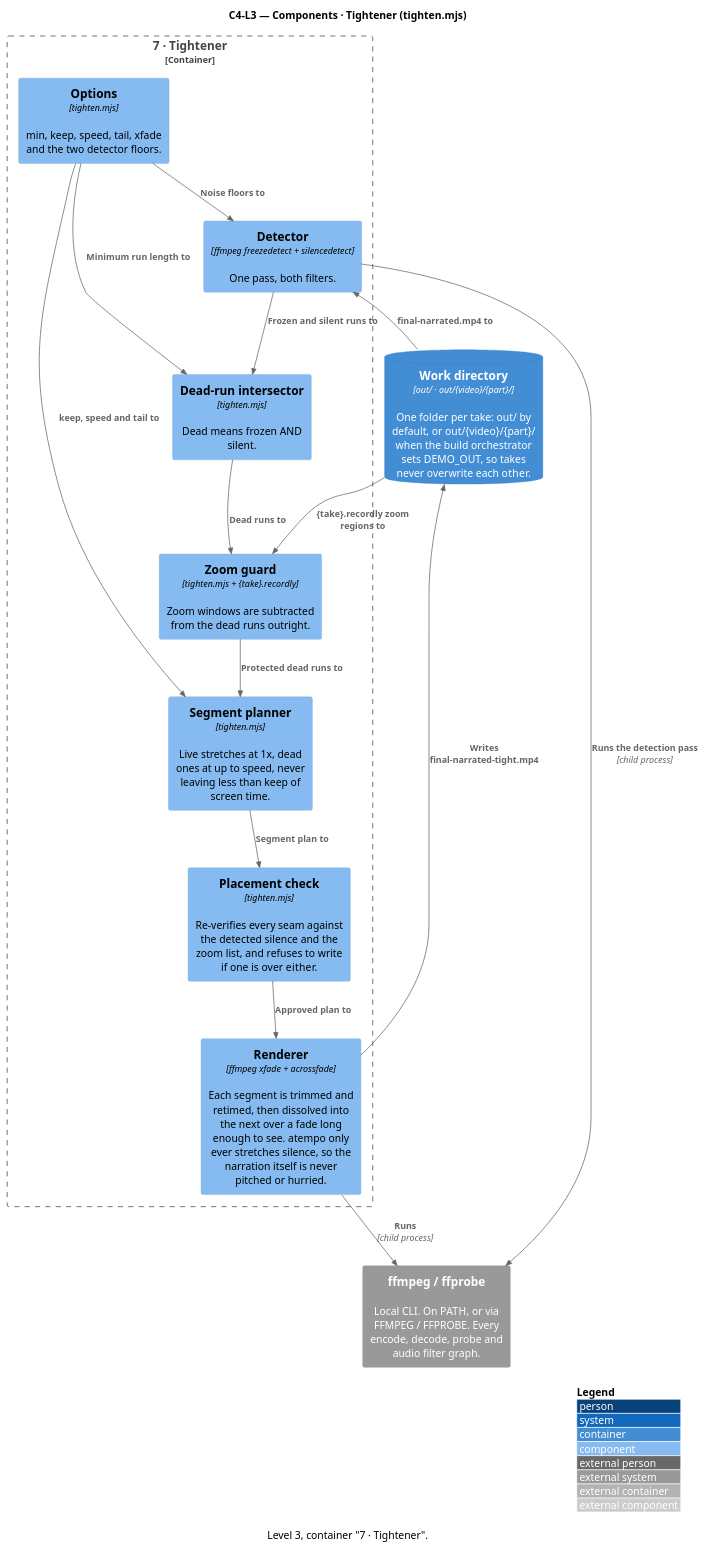
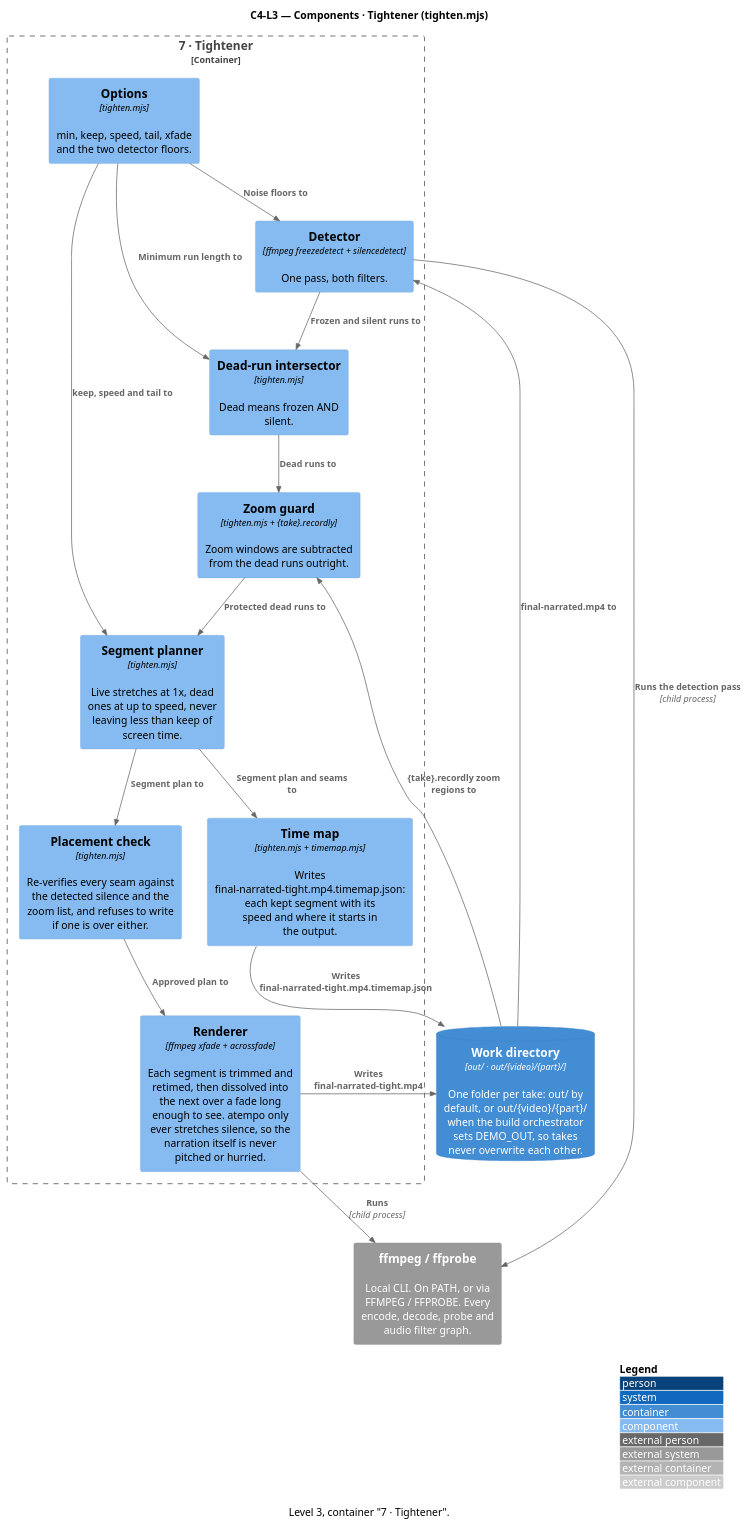
The diagram in docs/c4-l3-tightener.puml (ssunduko/product-video), drawn with PlantUML before and after one commit. The commit also changed 28 other files, not shown here.

```diff
--- a/docs/c4-l3-tightener.puml
+++ b/docs/c4-l3-tightener.puml
@@ -1,38 +1,41 @@
 @startuml c4-l3-tightener
 ' Generated by docs/c4-model.mjs — do not edit; edit the model and re-run.
 !include <C4/C4_Component>
 ' No bundled C4 stdlib? Replace the line above with:
 ' !include https://raw.githubusercontent.com/plantuml-stdlib/C4-PlantUML/master/C4_Component.puml
 
 title C4-L3 — Components · Tightener (tighten.mjs)
 caption Level 3, container "7 · Tightener".
 
 ContainerDb(work_directory, "Work directory", "out/ · out/{video}/{part}/", "One folder per take: out/ by default, or out/{video}/{part}/ when the build orchestrator sets DEMO_OUT, so takes never overwrite each other.")
 System_Ext(ffmpeg_ffprobe, "ffmpeg / ffprobe", "Local CLI. On PATH, or via FFMPEG / FFPROBE. Every encode, decode, probe and audio filter graph.")
 
 Container_Boundary(tightener_2, "7 · Tightener") {
   Component(options, "Options", "tighten.mjs", "min, keep, speed, tail, xfade and the two detector floors.")
   Component(detector, "Detector", "ffmpeg freezedetect + silencedetect", "One pass, both filters.")
   Component(dead_run_intersector, "Dead-run intersector", "tighten.mjs", "Dead means frozen AND silent.")
   Component(zoom_guard, "Zoom guard", "tighten.mjs + {take}.recordly", "Zoom windows are subtracted from the dead runs outright.")
   Component(segment_planner, "Segment planner", "tighten.mjs", "Live stretches at 1x, dead ones at up to speed, never leaving less than keep of screen time.")
   Component(placement_check, "Placement check", "tighten.mjs", "Re-verifies every seam against the detected silence and the zoom list, and refuses to write if one is over either.")
   Component(renderer, "Renderer", "ffmpeg xfade + acrossfade", "Each segment is trimmed and retimed, then dissolved into the next over a fade long enough to see. atempo only ever stretches silence, so the narration itself is never pitched or hurried.")
+  Component(time_map, "Time map", "tighten.mjs + timemap.mjs", "Writes final-narrated-tight.mp4.timemap.json: each kept segment with its speed and where it starts in the output.")
 }
 
 Rel(work_directory, detector, "final-narrated.mp4 to")
 Rel(detector, ffmpeg_ffprobe, "Runs the detection pass", "child process")
 Rel(options, detector, "Noise floors to")
 Rel(detector, dead_run_intersector, "Frozen and silent runs to")
 Rel(options, dead_run_intersector, "Minimum run length to")
 Rel(dead_run_intersector, zoom_guard, "Dead runs to")
 Rel(work_directory, zoom_guard, "{take}.recordly zoom regions to")
 Rel(zoom_guard, segment_planner, "Protected dead runs to")
 Rel(options, segment_planner, "keep, speed and tail to")
 Rel(segment_planner, placement_check, "Segment plan to")
 Rel(placement_check, renderer, "Approved plan to")
 Rel(renderer, ffmpeg_ffprobe, "Runs", "child process")
 Rel(renderer, work_directory, "Writes final-narrated-tight.mp4")
+Rel(segment_planner, time_map, "Segment plan and seams to")
+Rel(time_map, work_directory, "Writes final-narrated-tight.mp4.timemap.json")
 
 LAYOUT_WITH_LEGEND()
 @enduml
```
